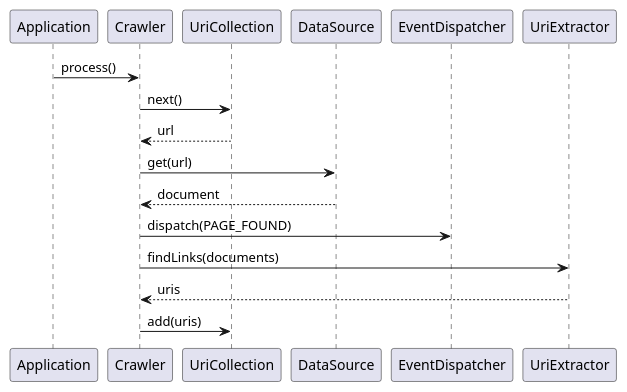
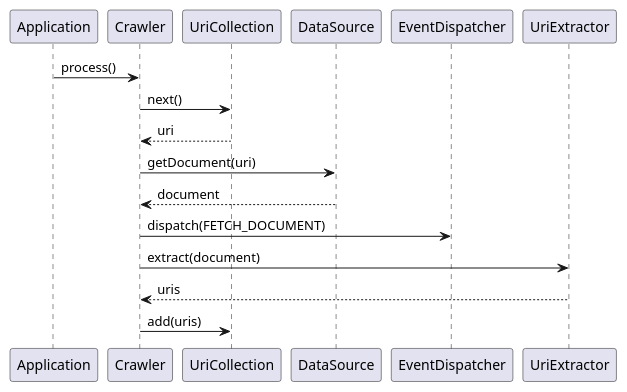
One commit to dobrosite/crawler changed the diagram in docs/overview_sequence.puml. Above: the diagram before and after it, drawn with PlantUML. The commit also changed 9 other files, not shown here.

```diff
--- a/docs/overview_sequence.puml
+++ b/docs/overview_sequence.puml
@@ -1,19 +1,19 @@
 @startuml
 
 
 Application -> Crawler : process()
 
 Crawler -> UriCollection : next()
-Crawler <-- UriCollection : url
+Crawler <-- UriCollection : uri
 
-Crawler -> DataSource : get(url)
+Crawler -> DataSource : getDocument(uri)
 Crawler <-- DataSource : document
 
-Crawler -> EventDispatcher : dispatch(PAGE_FOUND)
+Crawler -> EventDispatcher : dispatch(FETCH_DOCUMENT)
 
-Crawler -> UriExtractor : findLinks(documents)
+Crawler -> UriExtractor : extract(document)
 Crawler <-- UriExtractor : uris
 
 Crawler -> UriCollection : add(uris)
 
 @enduml
```
